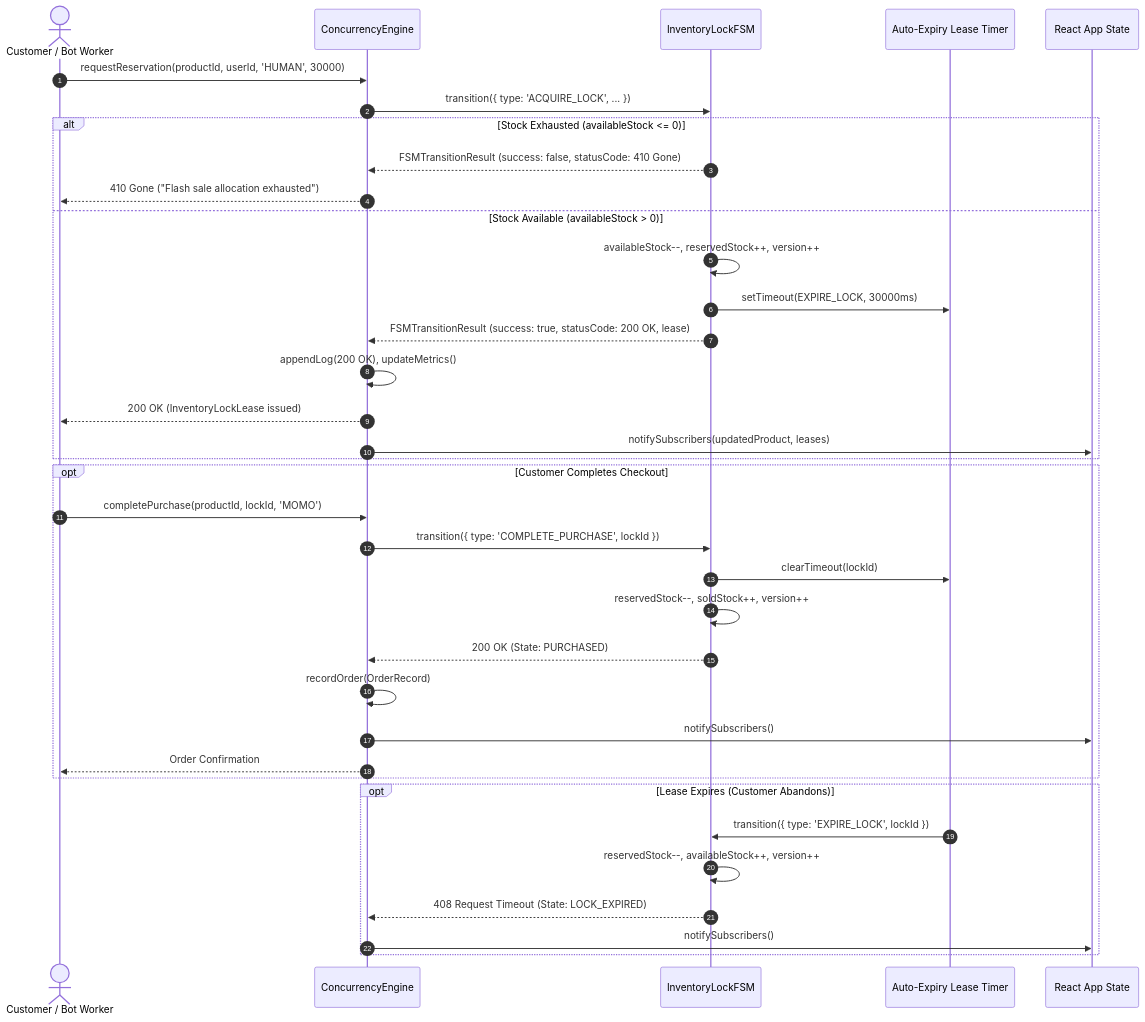
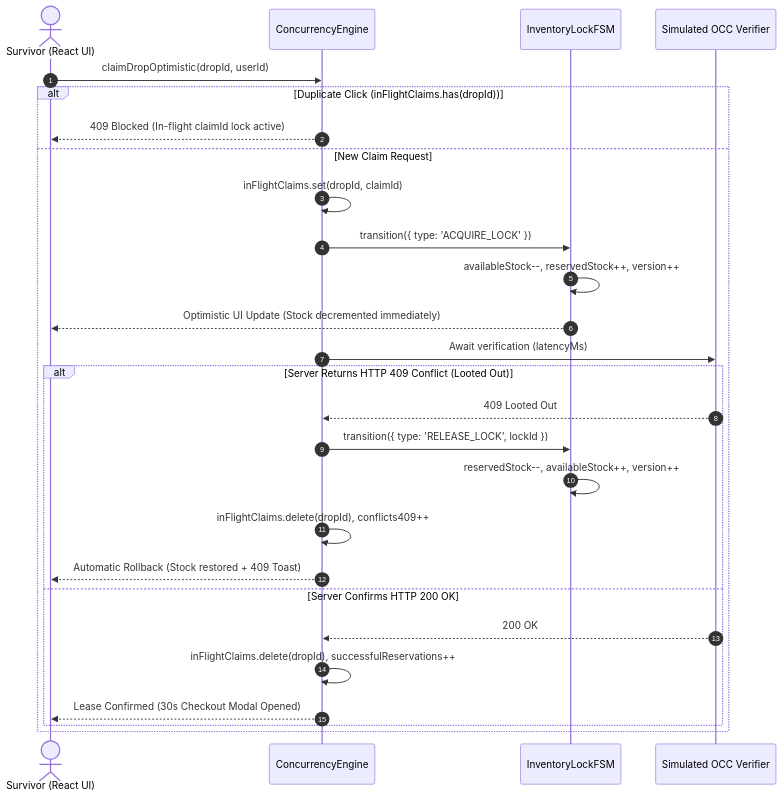
The diagram in 24520225_NguyenBaoChinh_Lab03_HW/24520225_NguyenBaoChinh_Lab03_HW3/PROJECT_STRUCTURE.md (Pengikas/24520225_NguyenBaoChinh_Lab_EX-HW), drawn with Mermaid before and after one commit. The commit also changed other lines of this file and 1 other file, not shown here.

````diff
--- a/24520225_NguyenBaoChinh_Lab03_HW/24520225_NguyenBaoChinh_Lab03_HW3/PROJECT_STRUCTURE.md
+++ b/24520225_NguyenBaoChinh_Lab03_HW/24520225_NguyenBaoChinh_Lab03_HW3/PROJECT_STRUCTURE.md
@@ -175,42 +117,30 @@
 ```mermaid
 sequenceDiagram
     autonumber
-    actor Client as Customer / Bot Worker
+    actor User as Survivor (React UI)
     participant Engine as ConcurrencyEngine
     participant FSM as InventoryLockFSM
-    participant Timer as Auto-Expiry Lease Timer
-    participant Store as React App State
+    participant Server as Simulated OCC Verifier
 
-    Client->>Engine: requestReservation(productId, userId, 'HUMAN', 30000)
-    Engine->>FSM: transition({ type: 'ACQUIRE_LOCK', ... })
-    
-    alt Stock Exhausted (availableStock <= 0)
-        FSM-->>Engine: FSMTransitionResult (success: false, statusCode: 410 Gone)
-        Engine-->>Client: 410 Gone ("Flash sale allocation exhausted")
-    else Stock Available (availableStock > 0)
+    User->>Engine: claimDropOptimistic(dropId, userId)
+    alt Duplicate Click (inFlightClaims.has(dropId))
+        Engine-->>User: 409 Blocked (In-flight claimId lock active)
+    else New Claim Request
+        Engine->>Engine: inFlightClaims.set(dropId, claimId)
+        Engine->>FSM: transition({ type: 'ACQUIRE_LOCK' })
         FSM->>FSM: availableStock--, reservedStock++, version++
-        FSM->>Timer: setTimeout(EXPIRE_LOCK, 30000ms)
-        FSM-->>Engine: FSMTransitionResult (success: true, statusCode: 200 OK, lease)
-        Engine->>Engine: appendLog(200 OK), updateMetrics()
-        Engine-->>Client: 200 OK (InventoryLockLease issued)
-        Engine->>Store: notifySubscribers(updatedProduct, leases)
-    end
-
-    opt Customer Completes Checkout
-        Client->>Engine: completePurchase(productId, lockId, 'MOMO')
-        Engine->>FSM: transition({ type: 'COMPLETE_PURCHASE', lockId })
-        FSM->>Timer: clearTimeout(lockId)
-        FSM->>FSM: reservedStock--, soldStock++, version++
-        FSM-->>Engine: 200 OK (State: PURCHASED)
-        Engine->>Engine: recordOrder(OrderRecord)
-        Engine->>Store: notifySubscribers()
-        Engine-->>Client: Order Confirmation
-    end
-
-    opt Lease Expires (Customer Abandons)
-        Timer->>FSM: transition({ type: 'EXPIRE_LOCK', lockId })
-        FSM->>FSM: reservedStock--, availableStock++, version++
-        FSM-->>Engine: 408 Request Timeout (State: LOCK_EXPIRED)
-        Engine->>Store: notifySubscribers()
+        FSM-->>User: Optimistic UI Update (Stock decremented immediately)
+        Engine->>Server: Await verification (latencyMs)
+        alt Server Returns HTTP 409 Conflict (Looted Out)
+            Server-->>Engine: 409 Looted Out
+            Engine->>FSM: transition({ type: 'RELEASE_LOCK', lockId })
+            FSM->>FSM: reservedStock--, availableStock++, version++
+            Engine->>Engine: inFlightClaims.delete(dropId), conflicts409++
+            Engine-->>User: Automatic Rollback (Stock restored + 409 Toast)
+        else Server Confirms HTTP 200 OK
+            Server-->>Engine: 200 OK
+            Engine->>Engine: inFlightClaims.delete(dropId), successfulReservations++
+            Engine-->>User: Lease Confirmed (30s Checkout Modal Opened)
+        end
     end
 ```
````
